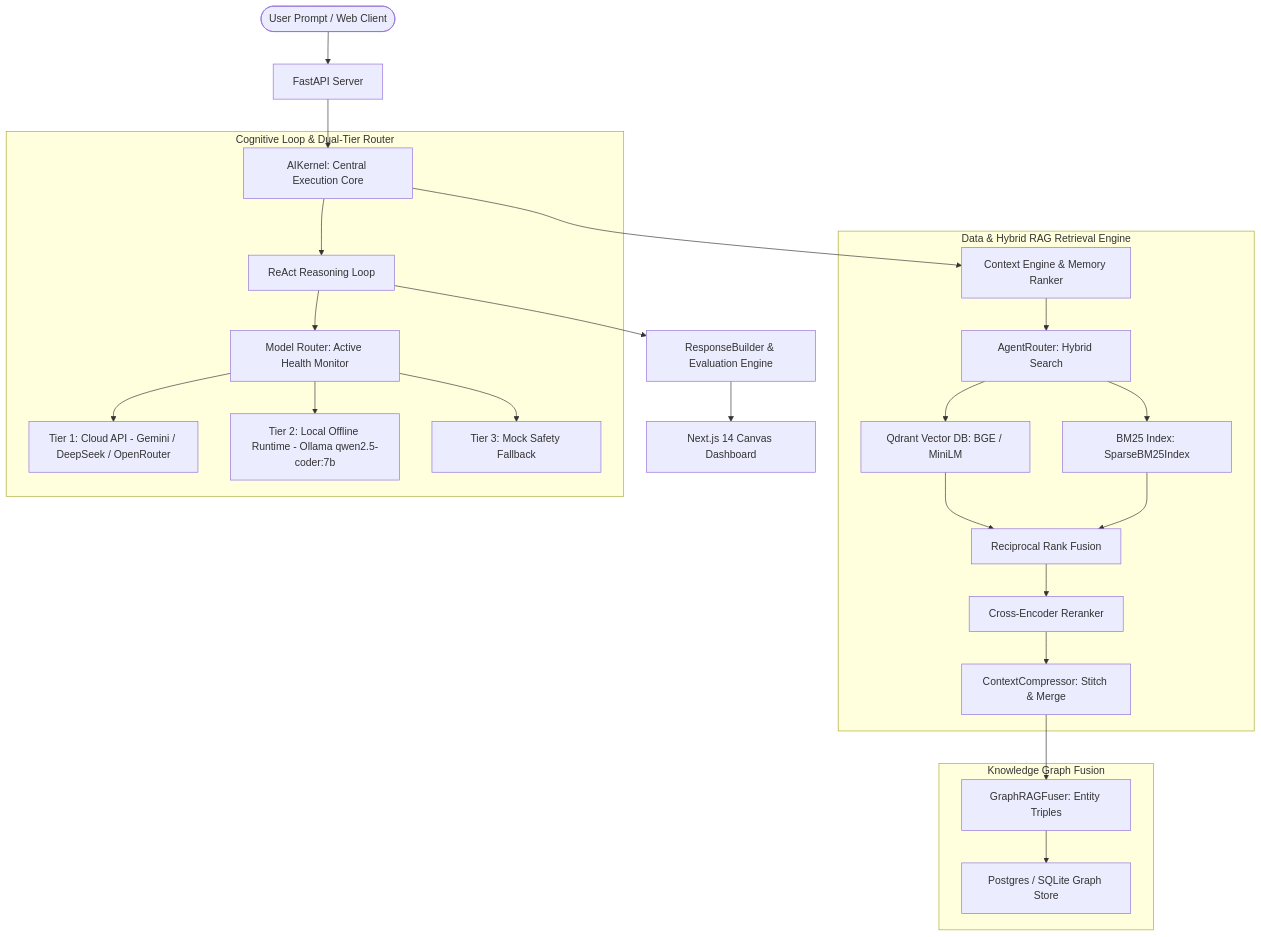
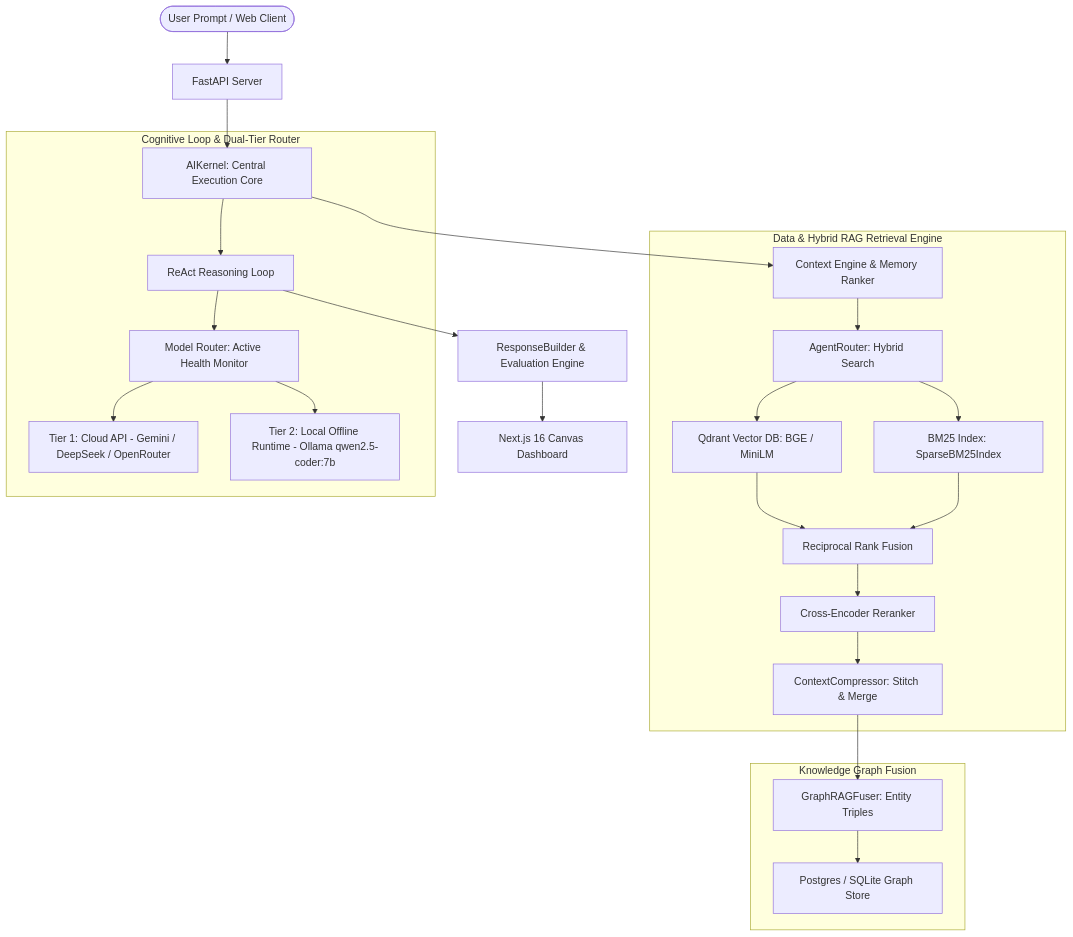
Before and after one commit to GhariebML/NORAY: the diagram in README.md, drawn with Mermaid. The commit also changed other lines of this file and 323 other files, not shown here.

````diff
--- a/README.md
+++ b/README.md
@@ -56,31 +75,30 @@
 ```mermaid
 graph TD
     User([User Prompt / Web Client]) --> API[FastAPI Server]
     API --> Kernel[AIKernel: Central Execution Core]
     Kernel --> ContextEngine[Context Engine & Memory Ranker]
     
     subgraph Data & Hybrid RAG Retrieval Engine
         ContextEngine --> HybridSearch[AgentRouter: Hybrid Search]
         HybridSearch --> Dense[Qdrant Vector DB: BGE / MiniLM]
         HybridSearch --> Sparse[BM25 Index: SparseBM25Index]
         Dense & Sparse --> RRF[Reciprocal Rank Fusion]
         RRF --> Rerank[Cross-Encoder Reranker]
         Rerank --> Compressor[ContextCompressor: Stitch & Merge]
     end
     
     subgraph Knowledge Graph Fusion
         Compressor --> GraphRAG[GraphRAGFuser: Entity Triples]
         GraphRAG --> GraphStore[Postgres / SQLite Graph Store]
     end
     
     subgraph Cognitive Loop & Dual-Tier Router
         Kernel --> ReActEngine[ReAct Reasoning Loop]
         ReActEngine --> Router[Model Router: Active Health Monitor]
         Router --> Tier1[Tier 1: Cloud API - Gemini / DeepSeek / OpenRouter]
         Router --> Tier2[Tier 2: Local Offline Runtime - Ollama qwen2.5-coder:7b]
-        Router --> Tier3[Tier 3: Mock Safety Fallback]
     end
     
     ReActEngine --> ResponseBuilder[ResponseBuilder & Evaluation Engine]
-    ResponseBuilder --> UI[Next.js 14 Canvas Dashboard]
+    ResponseBuilder --> UI[Next.js 16 Canvas Dashboard]
 ```
````
